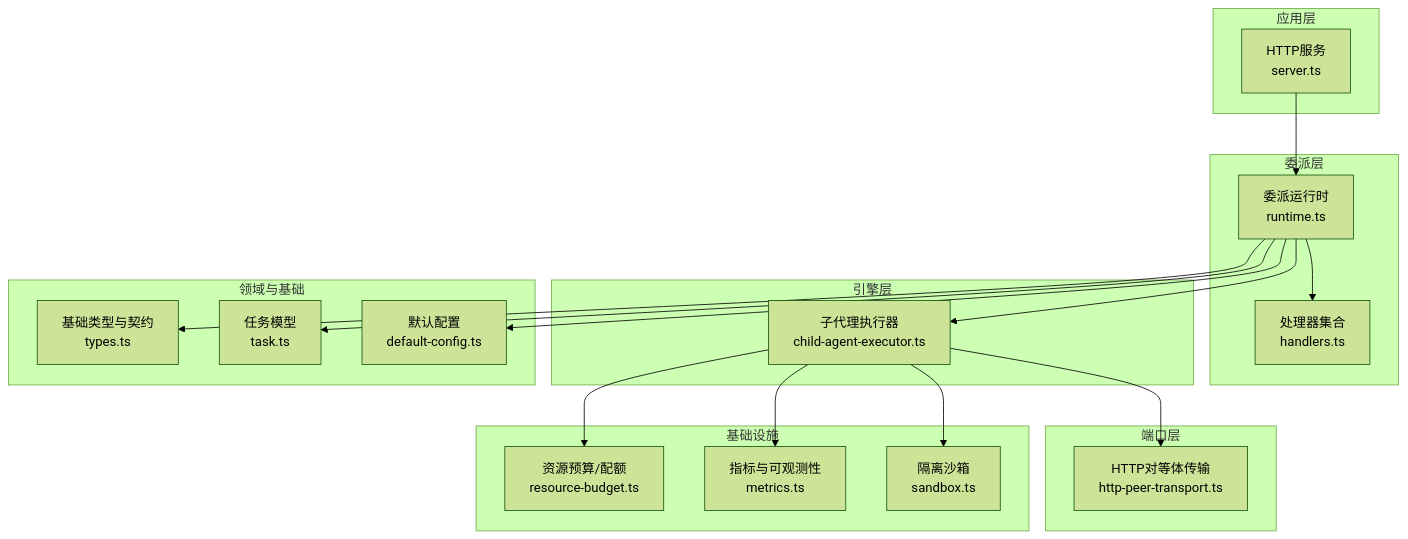
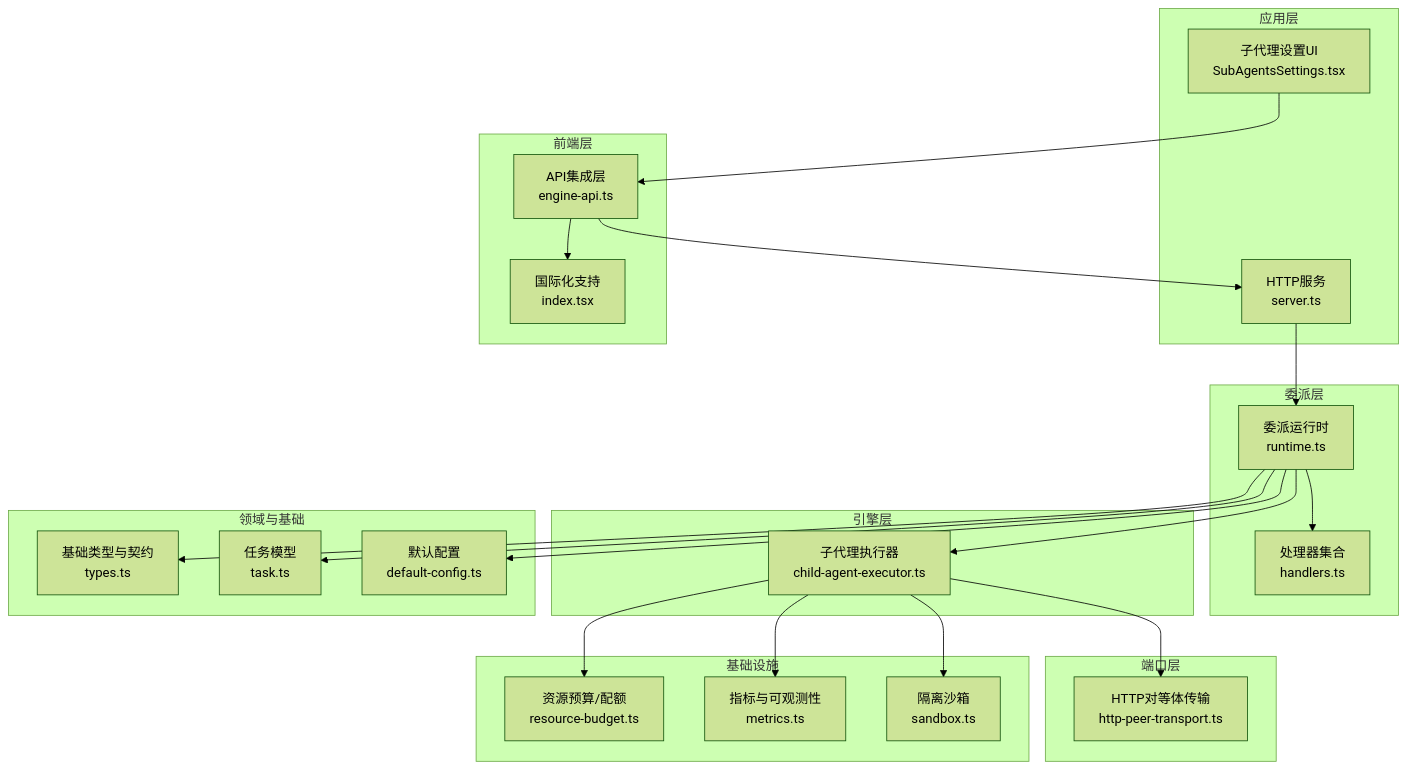
The first of 10 diagrams in .qoder/repowiki/zh/content/任务委派/子代理管理.md (kkutysllb/KCoder), drawn with Mermaid (forest theme) before and after one commit. The commit also changed other lines of this file and 127 other files, not shown here.

````diff
--- a/.qoder/repowiki/zh/content/任务委派/子代理管理.md
+++ b/.qoder/repowiki/zh/content/任务委派/子代理管理.md
@@ -53,36 +68,44 @@
 ```mermaid
 graph TB
 subgraph "应用层"
 HTTP["HTTP服务<br/>server.ts"]
+SubAgentsUI["子代理设置UI<br/>SubAgentsSettings.tsx"]
+end
+subgraph "前端层"
+i18n["国际化支持<br/>index.tsx"]
+EngineAPI["API集成层<br/>engine-api.ts"]
 end
 subgraph "委派层"
 Runtime["委派运行时<br/>runtime.ts"]
 Handlers["处理器集合<br/>handlers.ts"]
 end
 subgraph "引擎层"
 Executor["子代理执行器<br/>child-agent-executor.ts"]
 end
 subgraph "端口层"
 Transport["HTTP对等体传输<br/>http-peer-transport.ts"]
 end
 subgraph "基础设施"
 Budget["资源预算/配额<br/>resource-budget.ts"]
 Metrics["指标与可观测性<br/>metrics.ts"]
 Sandbox["隔离沙箱<br/>sandbox.ts"]
 end
 subgraph "领域与基础"
 Types["基础类型与契约<br/>types.ts"]
 TaskModel["任务模型<br/>task.ts"]
 Presets["默认配置<br/>default-config.ts"]
 end
+SubAgentsUI --> EngineAPI
+EngineAPI --> i18n
+EngineAPI --> HTTP
 HTTP --> Runtime
 Runtime --> Handlers
 Runtime --> Executor
 Executor --> Transport
 Executor --> Budget
 Executor --> Sandbox
 Executor --> Metrics
 Runtime --> Types
 Runtime --> TaskModel
 Runtime --> Presets
 ```
````
